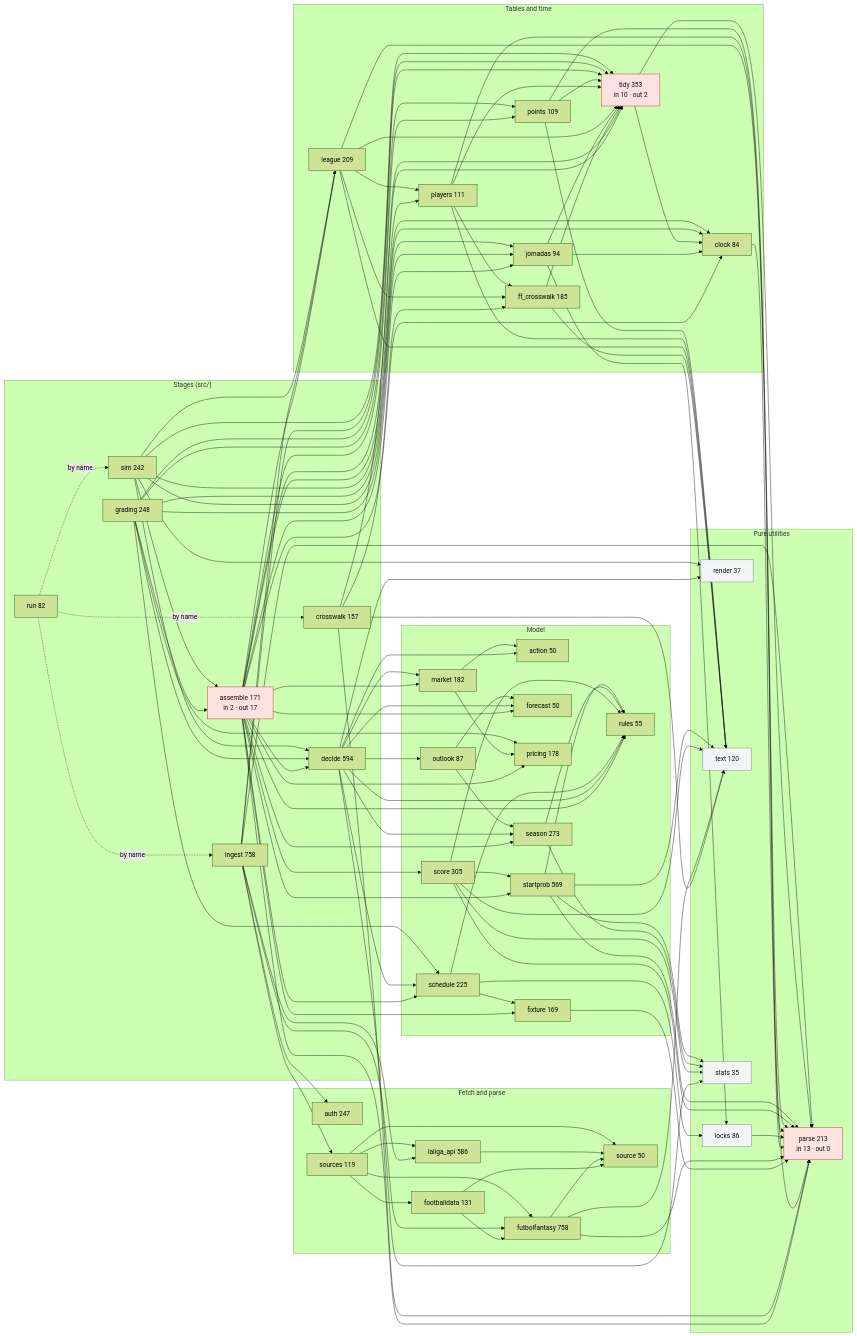
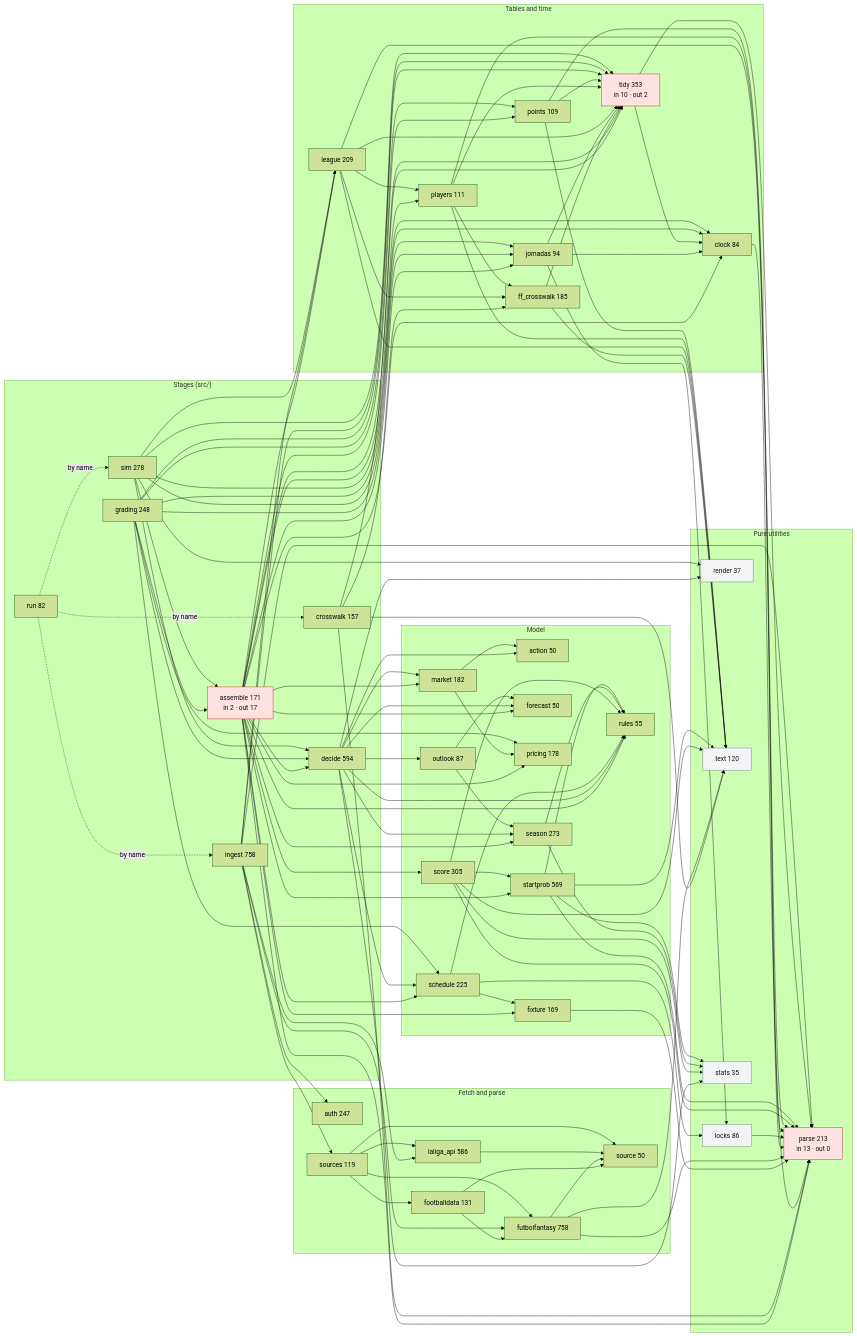
One commit to OrsM/liga_five_guys changed the diagram in docs/modules.mmd. Above: the diagram before and after it, drawn with Mermaid (forest theme). The commit also changed 2 other files, not shown here.

```diff
--- a/docs/modules.mmd
+++ b/docs/modules.mmd
@@ -1,154 +1,154 @@
 flowchart LR
     classDef hub fill:#fee2e2,stroke:#b91c1c,color:#111
     classDef leaf fill:#f3f4f6,stroke:#6b7280,color:#111
     subgraph stages["Stages (src/)"]
         assemble["assemble 171<br/>in 2 · out 17"]:::hub
         crosswalk["crosswalk 157"]
         decide["decide 594"]
         grading["grading 248"]
         ingest["ingest 758"]
         run["run 82"]
-        sim["sim 242"]
+        sim["sim 278"]
     end
     subgraph fetch["Fetch and parse"]
         auth["auth 247"]
         footballdata["footballdata 131"]
         futbolfantasy["futbolfantasy 758"]
         laliga_api["laliga_api 586"]
         source["source 50"]
         sources["sources 119"]
     end
     subgraph data["Tables and time"]
         clock["clock 84"]
         ff_crosswalk["ff_crosswalk 185"]
         jornadas["jornadas 94"]
         league["league 209"]
         players["players 111"]
         points["points 109"]
         tidy["tidy 353<br/>in 10 · out 2"]:::hub
     end
     subgraph model["Model"]
         action["action 50"]
         fixture["fixture 169"]
         forecast["forecast 50"]
         market["market 182"]
         outlook["outlook 87"]
         pricing["pricing 178"]
         rules["rules 55"]
         schedule["schedule 225"]
         score["score 305"]
         season["season 273"]
         startprob["startprob 569"]
     end
     subgraph util["Pure utilities"]
         locks["locks 86"]:::leaf
         parse["parse 213<br/>in 13 · out 0"]:::hub
         render["render 37"]:::leaf
         text["text 120"]:::leaf
         stats["stats 35"]:::leaf
     end
     run -. "by name" .-> ingest
     run -. "by name" .-> crosswalk
     run -. "by name" .-> sim
     assemble --> decide
     assemble --> clock
     assemble --> fixture
     assemble --> forecast
     assemble --> jornadas
     assemble --> league
     assemble --> market
     assemble --> parse
     assemble --> players
     assemble --> points
     assemble --> pricing
     assemble --> rules
     assemble --> schedule
     assemble --> score
     assemble --> season
     assemble --> startprob
     assemble --> tidy
     crosswalk --> ff_crosswalk
     crosswalk --> parse
     crosswalk --> text
     crosswalk --> tidy
     decide --> action
     decide --> forecast
     decide --> market
     decide --> outlook
     decide --> render
     decide --> rules
     decide --> schedule
     decide --> season
     decide --> stats
     clock --> parse
     ff_crosswalk --> text
     ff_crosswalk --> tidy
     fixture --> parse
     footballdata --> futbolfantasy
     footballdata --> source
     futbolfantasy --> parse
     futbolfantasy --> source
     futbolfantasy --> text
     jornadas --> clock
     jornadas --> locks
     jornadas --> tidy
     laliga_api --> source
     league --> ff_crosswalk
     league --> parse
     league --> players
     league --> text
     league --> tidy
     locks --> parse
     market --> action
     market --> pricing
     outlook --> forecast
     outlook --> season
     players --> ff_crosswalk
     players --> parse
     players --> text
     players --> tidy
     points --> parse
     points --> text
     points --> tidy
     schedule --> fixture
     schedule --> locks
     schedule --> rules
     score --> parse
     score --> rules
     score --> startprob
     score --> text
     score --> stats
     season --> rules
     season --> stats
     startprob --> parse
     startprob --> rules
     startprob --> text
     startprob --> stats
     tidy --> clock
     tidy --> parse
     grading --> assemble
     grading --> decide
     grading --> clock
     grading --> jornadas
     grading --> points
     grading --> pricing
     grading --> schedule
     grading --> tidy
     ingest --> auth
     ingest --> futbolfantasy
     ingest --> laliga_api
     ingest --> league
     ingest --> parse
     ingest --> tidy
     ingest --> sources
     sim --> assemble
     sim --> decide
     sim --> clock
     sim --> jornadas
     sim --> league
     sim --> render
     sim --> tidy
     sources --> footballdata
     sources --> futbolfantasy
     sources --> laliga_api
     sources --> source
```
